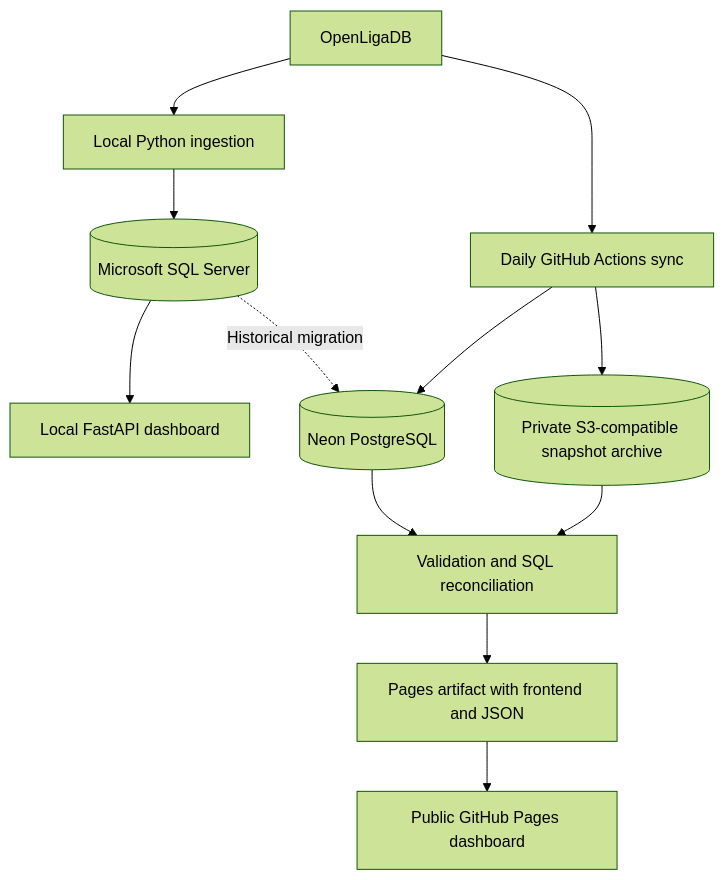
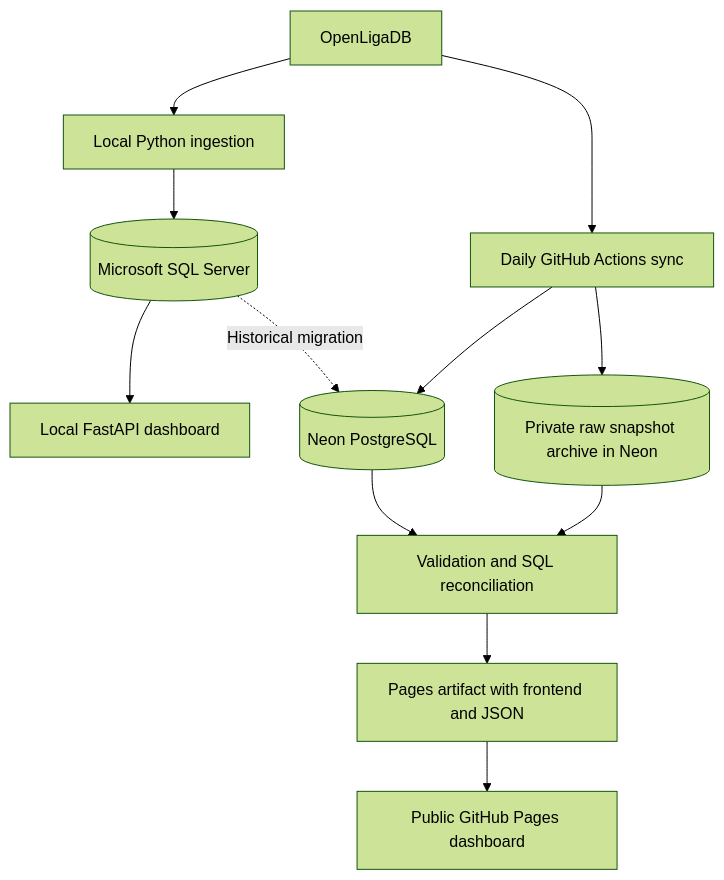
One commit to emam26/sports-fixtures-change-tracker changed the diagram in README.md. Above: the diagram before and after it, drawn with Mermaid (forest theme). The commit also changed other lines of this file and 20 other files, not shown here.

Commit message:
Archive football snapshots in PostgreSQL for Neon-only Pages deployment

````diff
--- a/README.md
+++ b/README.md
@@ -67,14 +67,14 @@
 ```mermaid
 flowchart TD
     A[OpenLigaDB] --> B[Local Python ingestion]
     B --> C[(Microsoft SQL Server)]
     C --> D[Local FastAPI dashboard]
     C -. Historical migration .-> G[(Neon PostgreSQL)]
     A --> E[Daily GitHub Actions sync]
-    E --> F[(Private S3-compatible snapshot archive)]
+    E --> F[(Private raw snapshot archive in Neon)]
     E --> G
     G --> H[Validation and SQL reconciliation]
     F --> H
     H --> I[Pages artifact with frontend and JSON]
     I --> J[Public GitHub Pages dashboard]
 ```
````
